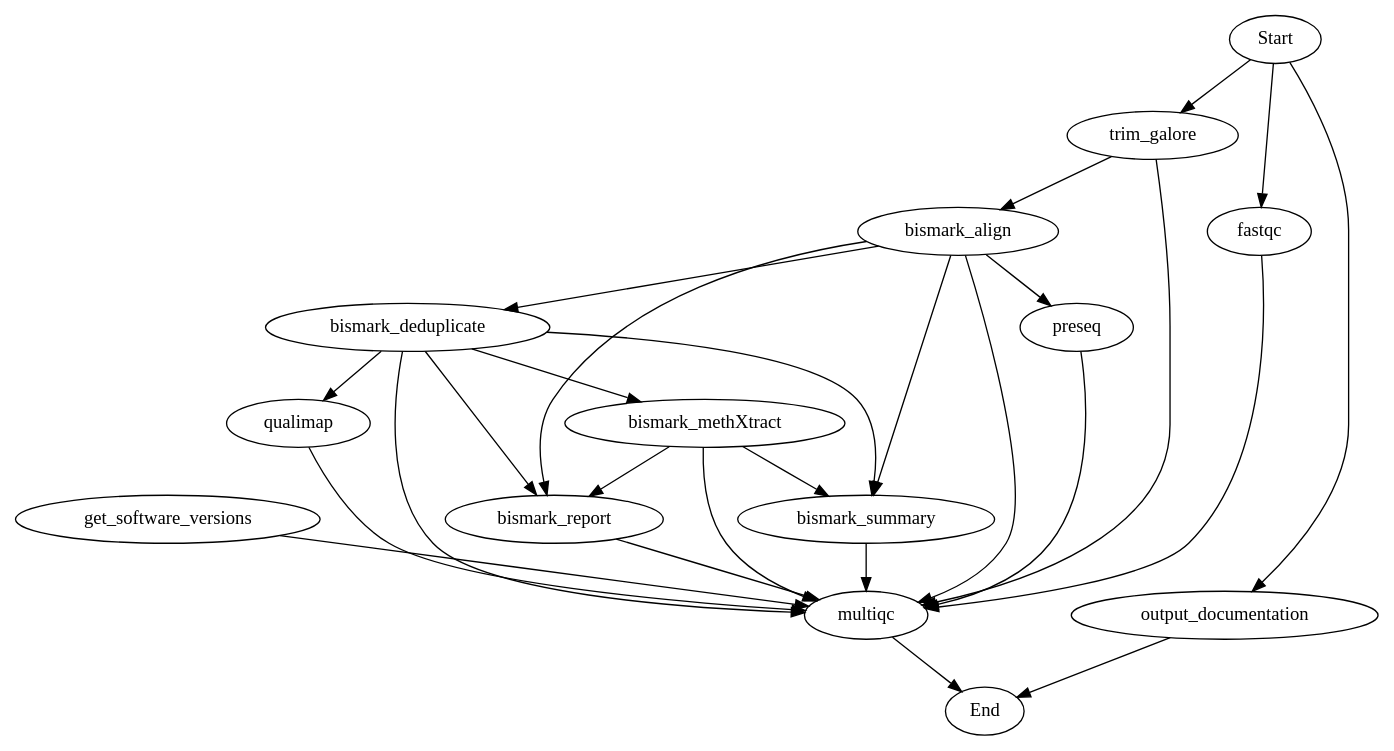
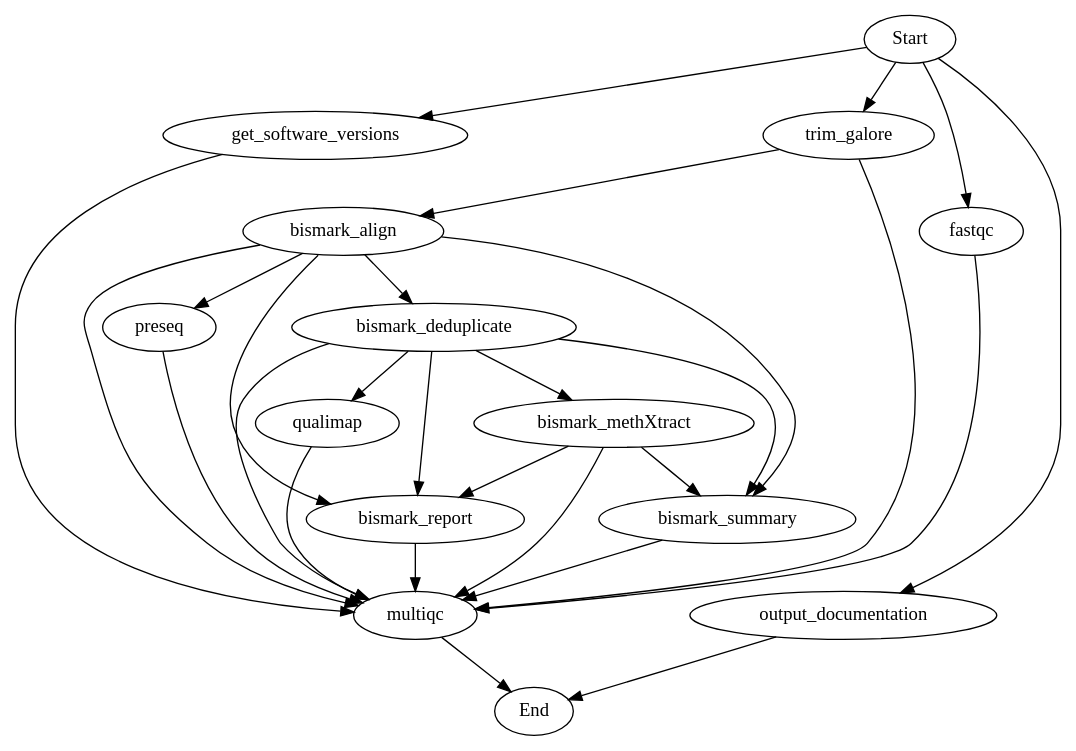
The diagram in src/main/resources/methylseq_sparse.dot (kulagins/stochastic-scheduler), drawn with Graphviz before and after one commit. The commit also changed 8 other files, not shown here.

```diff
--- a/src/main/resources/methylseq_sparse.dot
+++ b/src/main/resources/methylseq_sparse.dot
@@ -1,42 +1,43 @@
 strict digraph "" {
 	0   [label=Start];
 	2	[label=fastqc];
 	0 -> 2;
 	11	[label=multiqc];
 	2 -> 11;
 	3	[label=trim_galore];
 	0 -> 3;
 	4	[label=bismark_align];
 	3 -> 4;
 	3 -> 11;
 	1	[label=get_software_versions];
+	0 -> 1;
 	1 -> 11;
 	5	[label=bismark_deduplicate];
 	4 -> 5;
 	10	[label=preseq];
 	4 -> 10;
 	7	[label=bismark_report];
 	4 -> 7;
 	8	[label=bismark_summary];
 	4 -> 8;
 	4 -> 11;
 	6	[label=bismark_methXtract];
 	5 -> 6;
 	9	[label=qualimap];
 	5 -> 9;
 	5 -> 7;
 	5 -> 8;
 	5 -> 11;
 	10 -> 11;
 	6 -> 7;
 	6 -> 8;
 	6 -> 11;
 	9 -> 11;
 	7 -> 11;
 	8 -> 11;
 	12	[label=output_documentation];
 	0 -> 12;
 	13  [label=End];
 	12 -> 13;
 	11 -> 13;
 }
```
